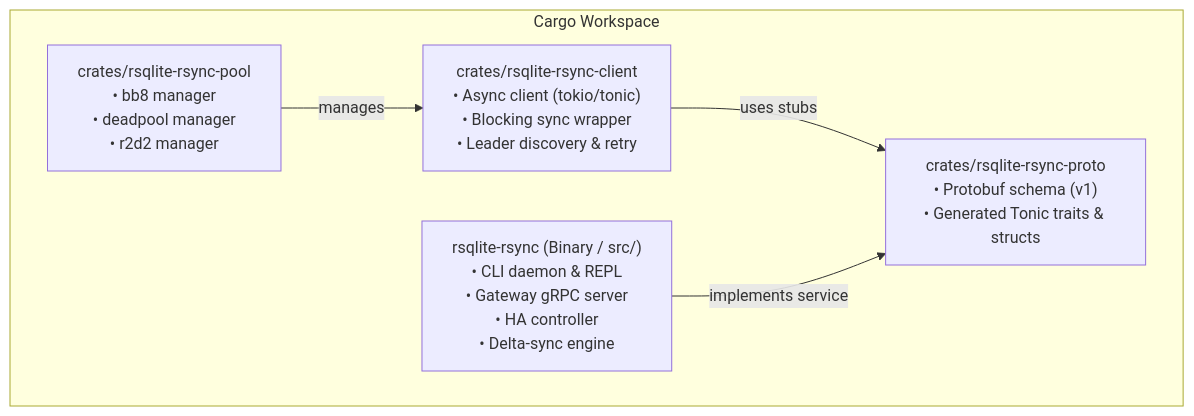
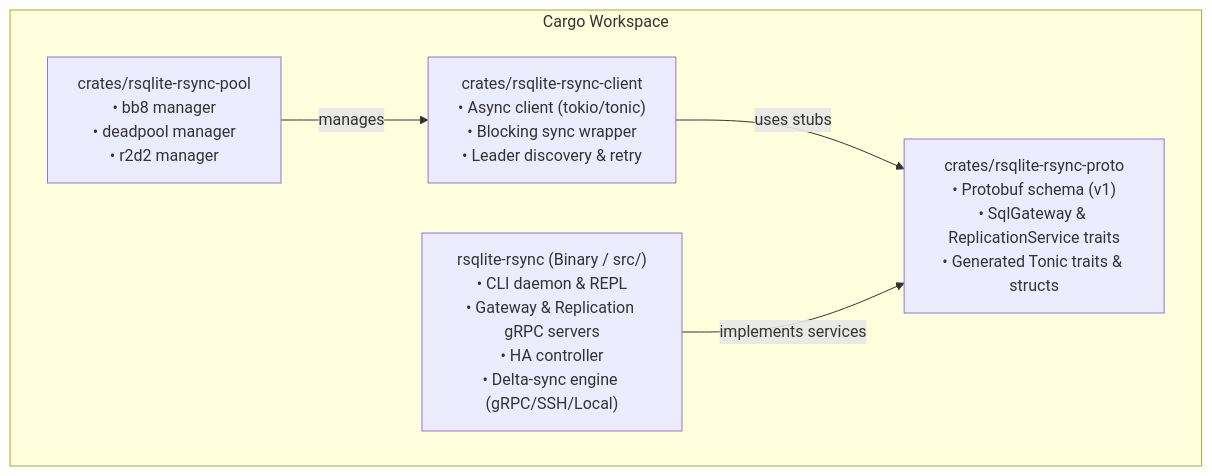
The second of 12 diagrams in docs/architecture-diagrams.md (sria91/rsqlite-rsync), drawn with Mermaid before and after one commit. The commit also changed other lines of this file and 23 other files, not shown here.

First line of the commit message:
feat: native gRPC streaming replication, auth, and updated documentation (#17)

````diff
--- a/docs/architecture-diagrams.md
+++ b/docs/architecture-diagrams.md
@@ -112,13 +112,13 @@
 ```mermaid
 graph TD
     subgraph CargoWorkspace["Cargo Workspace"]
-        Proto["crates/rsqlite-rsync-proto<br/>• Protobuf schema (v1)<br/>• Generated Tonic traits & structs"]
+        Proto["crates/rsqlite-rsync-proto<br/>• Protobuf schema (v1)<br/>• SqlGateway & ReplicationService traits<br/>• Generated Tonic traits & structs"]
         Client["crates/rsqlite-rsync-client<br/>• Async client (tokio/tonic)<br/>• Blocking sync wrapper<br/>• Leader discovery & retry"]
         Pool["crates/rsqlite-rsync-pool<br/>• bb8 manager<br/>• deadpool manager<br/>• r2d2 manager"]
-        ServerBin["rsqlite-rsync (Binary / src/)<br/>• CLI daemon & REPL<br/>• Gateway gRPC server<br/>• HA controller<br/>• Delta-sync engine"]
+        ServerBin["rsqlite-rsync (Binary / src/)<br/>• CLI daemon & REPL<br/>• Gateway & Replication gRPC servers<br/>• HA controller<br/>• Delta-sync engine (gRPC/SSH/Local)"]
     end
 
     Client -->|uses stubs| Proto
     Pool -->|manages| Client
-    ServerBin -->|implements service| Proto
+    ServerBin -->|implements services| Proto
 ```
````
